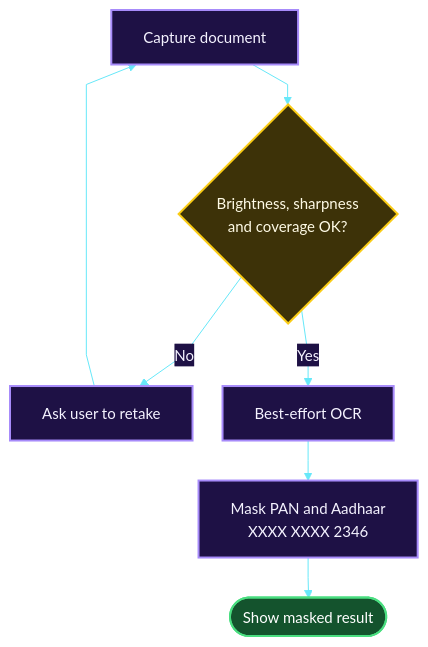
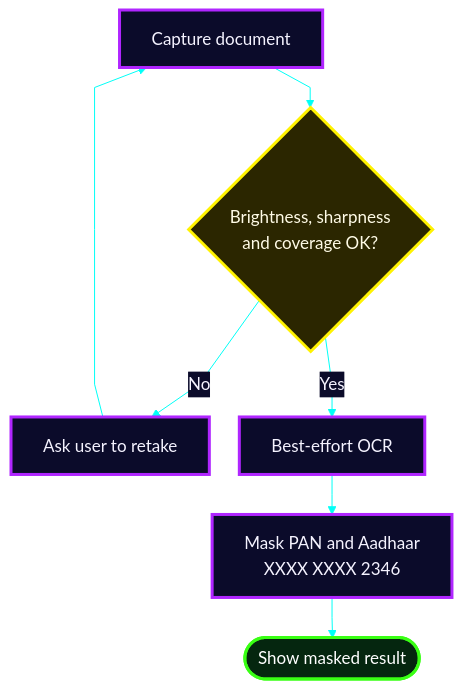
Before and after one commit to Mansi232323/MANSHORA: diagram 15 of 17 in README.md, drawn with Mermaid. The commit also changed other lines of this file, not shown here.

````diff
--- a/README.md
+++ b/README.md
@@ -579,16 +638,16 @@
 ```mermaid
-%%{init: {'theme':'base','themeVariables':{'fontSize':'15px','fontFamily':'Arial, Helvetica, sans-serif','primaryColor':'#1e1145','primaryTextColor':'#f5f3ff','primaryBorderColor':'#a78bfa','lineColor':'#67e8f9','textColor':'#f5f3ff','edgeLabelBackground':'#1e1145'},'flowchart':{'htmlLabels':true,'nodeSpacing':30,'rankSpacing':40,'padding':16,'curve':'linear'}}}%%
+%%{init: {'theme':'base','themeVariables':{'fontSize':'17px','fontFamily':'Arial, Helvetica, sans-serif','primaryColor':'#0b0b2a','primaryTextColor':'#f5f3ff','primaryBorderColor':'#b026ff','lineColor':'#00fff7','textColor':'#f5f3ff','edgeLabelBackground':'#0b0b2a'},'flowchart':{'htmlLabels':true,'nodeSpacing':30,'rankSpacing':40,'padding':16,'curve':'linear'}}}%%
 flowchart TD
     C["Capture document"] --> Q{"Brightness, sharpness<br/>and coverage OK?"}
     Q -- "No" --> R["Ask user to retake"]
     R --> C
     Q -- "Yes" --> O["Best-effort OCR"]
     O --> M["Mask PAN and Aadhaar<br/>XXXX XXXX 2346"]
     M --> D(["Show masked result"])
-    classDef a fill:#1e1145,stroke:#a78bfa,stroke-width:2px,color:#f5f3ff
-    classDef d fill:#3d3208,stroke:#facc15,stroke-width:2px,color:#fffbe6
-    classDef ok fill:#14532d,stroke:#4ade80,stroke-width:2px,color:#ffffff
+    classDef a fill:#0b0b2a,stroke:#b026ff,stroke-width:3px,color:#f5f3ff
+    classDef d fill:#2b2600,stroke:#fff200,stroke-width:3px,color:#fffbe6
+    classDef ok fill:#05260f,stroke:#39ff14,stroke-width:3px,color:#ffffff
     class C,R,O,M a
     class Q d
     class D ok
 ```
````
